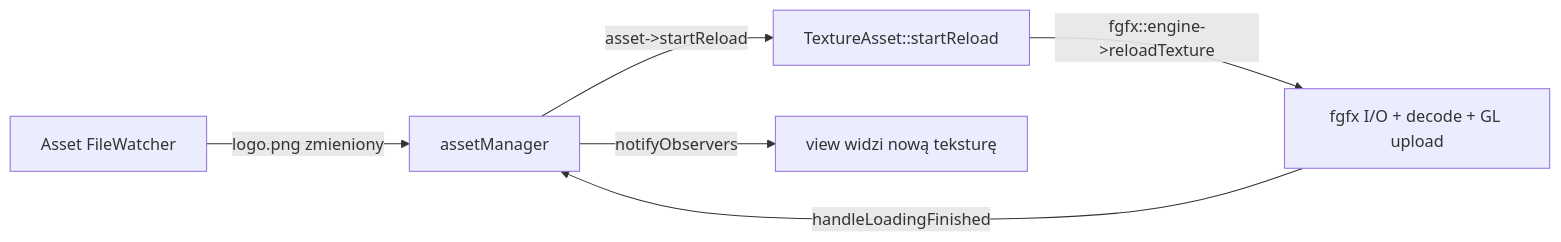
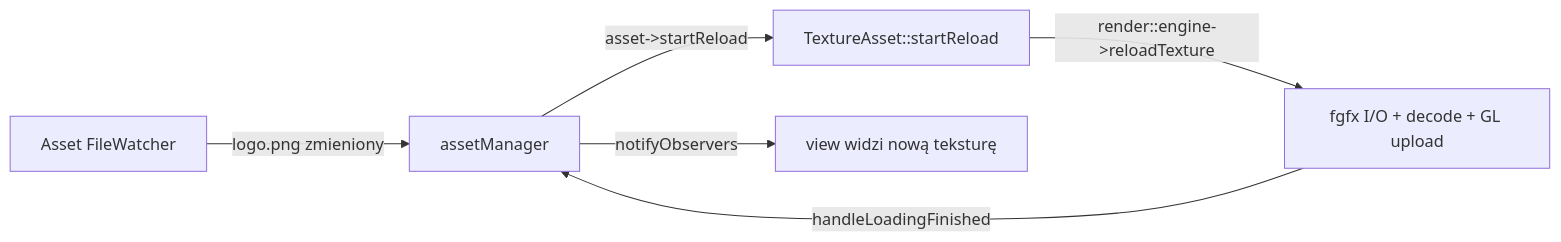
One commit to Illutrum/runtime changed the second of 2 diagrams in hotswap/rozwiazanie.md. Above: the diagram before and after it, drawn with Mermaid. The commit also changed other lines of this file and 47 other files, not shown here.

````diff
--- a/hotswap/rozwiazanie.md
+++ b/hotswap/rozwiazanie.md
@@ -305,8 +305,8 @@
 ```mermaid
 flowchart LR
     AFW[Asset FileWatcher] -->|logo.png zmieniony| AM[assetManager]
     AM -->|asset->startReload| T[TextureAsset::startReload]
-    T -->|fgfx::engine->reloadTexture| FGFX[fgfx I/O + decode + GL upload]
+    T -->|render::engine->reloadTexture| FGFX[fgfx I/O + decode + GL upload]
     FGFX -->|handleLoadingFinished| AM
     AM -->|notifyObservers| V[view widzi nową teksturę]
 ```
````
